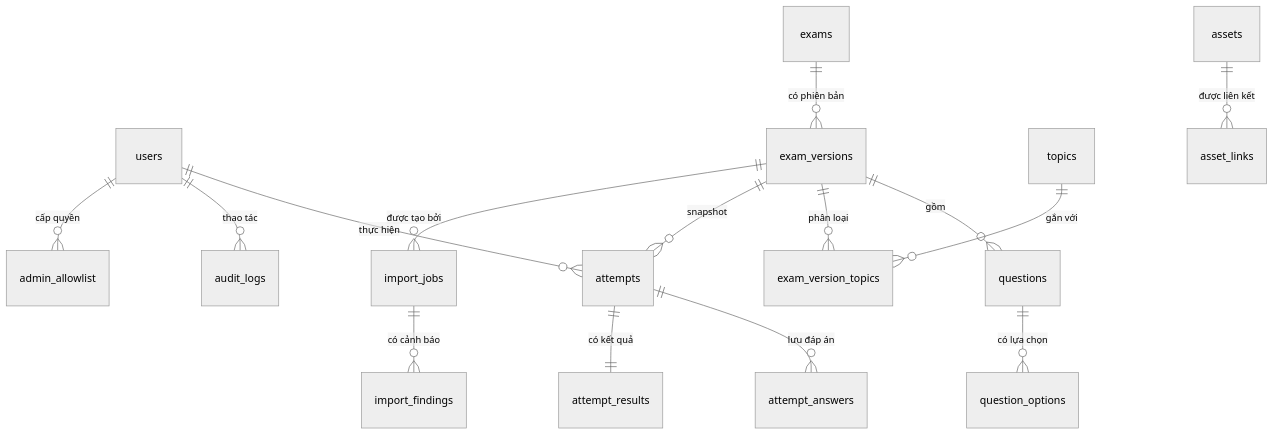
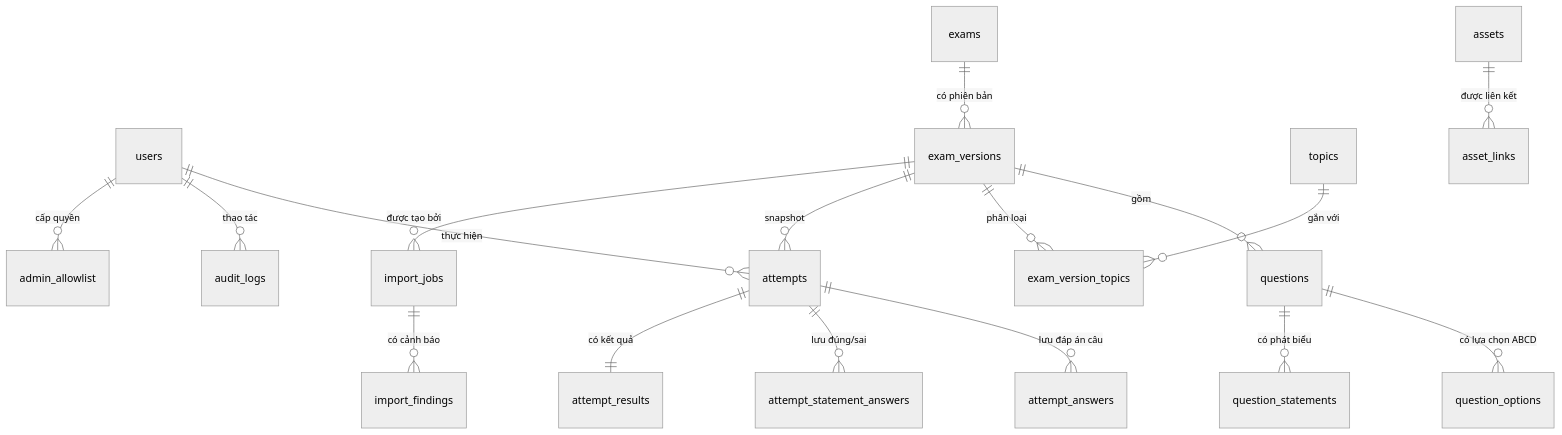
One commit to EdwardNgo/diem10lichsuv2 changed the diagram in docs/database-schema.md. Above: the diagram before and after it, drawn with Mermaid (neutral theme). The commit also changed other lines of this file and 18 other files, not shown here.

````diff
--- a/docs/database-schema.md
+++ b/docs/database-schema.md
@@ -16,17 +16,19 @@
 ```mermaid
 erDiagram
     users ||--o{ attempts : "thực hiện"
     users ||--o{ audit_logs : "thao tác"
     users ||--o{ admin_allowlist : "cấp quyền"
     exams ||--o{ exam_versions : "có phiên bản"
     exam_versions ||--o{ questions : "gồm"
-    questions ||--o{ question_options : "có lựa chọn"
+    questions ||--o{ question_options : "có lựa chọn ABCD"
+    questions ||--o{ question_statements : "có phát biểu"
     exam_versions ||--o{ exam_version_topics : "phân loại"
     topics ||--o{ exam_version_topics : "gắn với"
     exam_versions ||--o{ attempts : "snapshot"
-    attempts ||--o{ attempt_answers : "lưu đáp án"
+    attempts ||--o{ attempt_answers : "lưu đáp án câu"
+    attempts ||--o{ attempt_statement_answers : "lưu đúng/sai"
     attempts ||--|| attempt_results : "có kết quả"
     assets ||--o{ asset_links : "được liên kết"
     exam_versions ||--o{ import_jobs : "được tạo bởi"
     import_jobs ||--o{ import_findings : "có cảnh báo"
 ```
````
